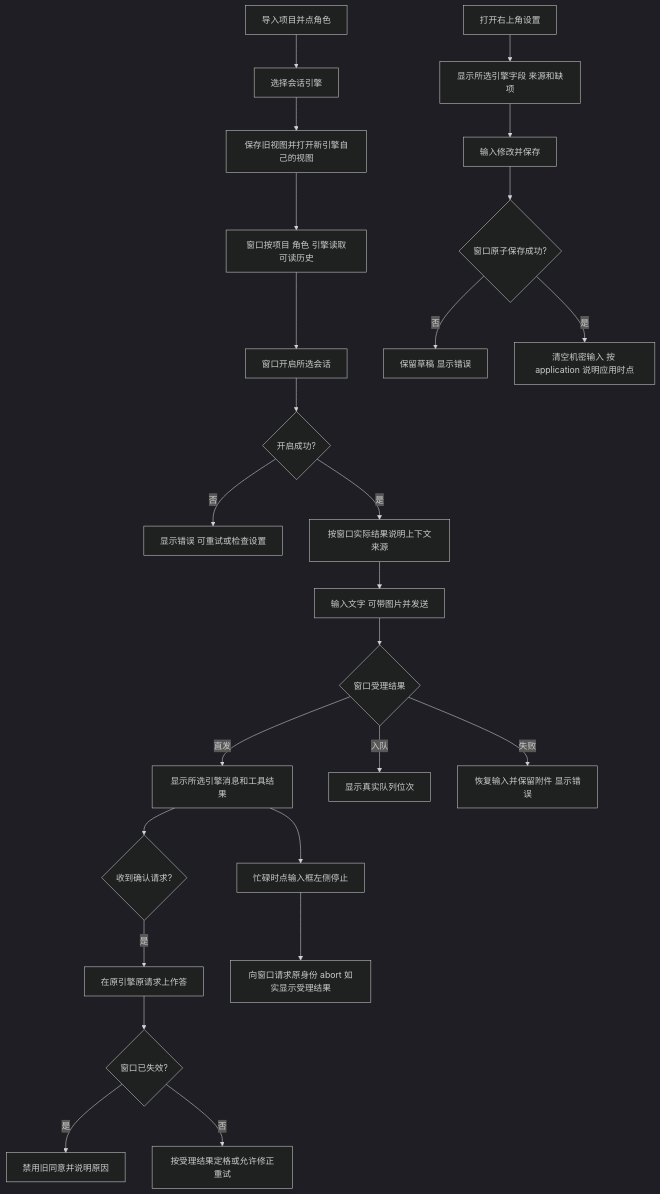
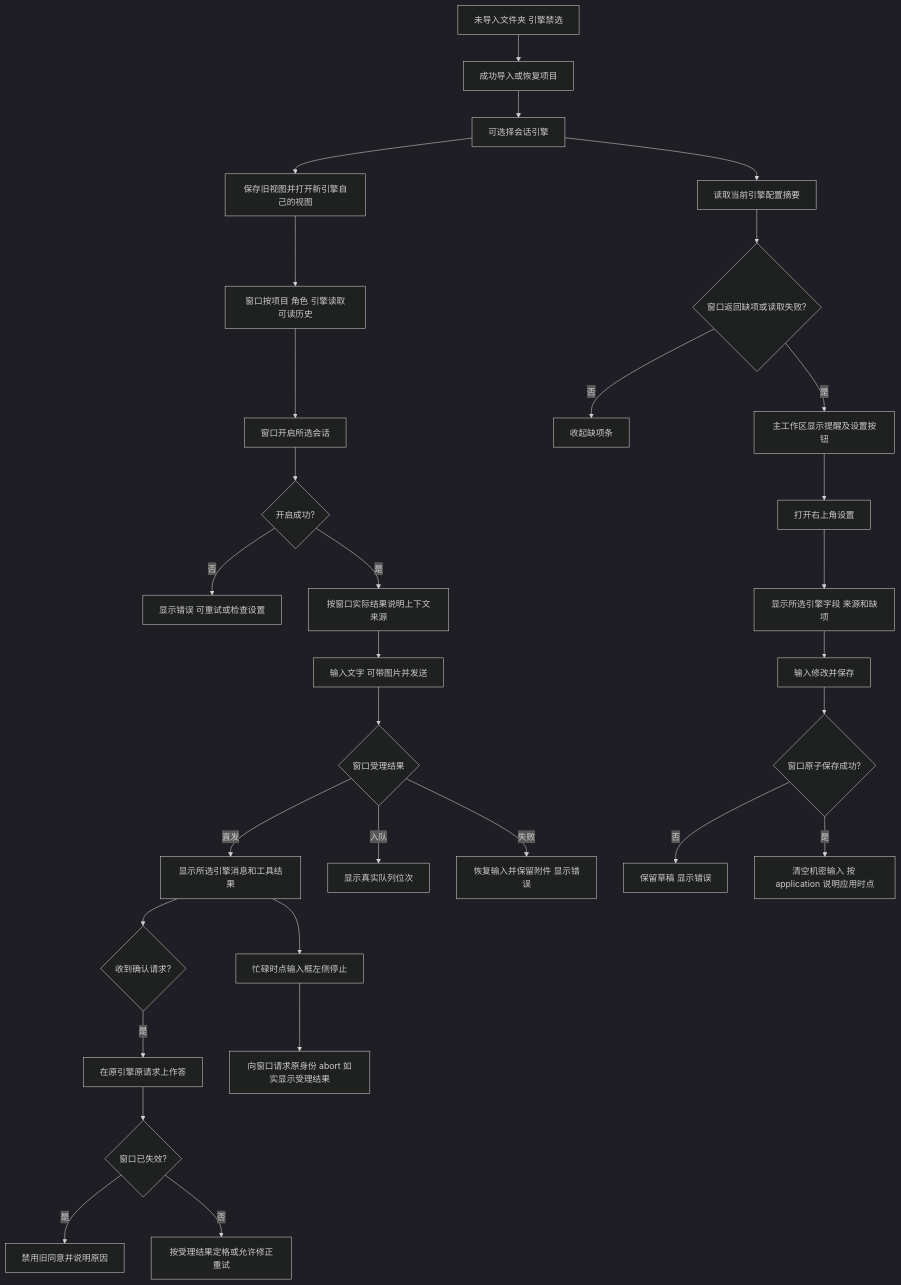
The diagram in 角色卡/桌面UI/docs/feature/runtime-choice.md (wangzhongren/ans-studio), drawn with Mermaid (dark theme) before and after one commit. The commit also changed other lines of this file and 92 other files, not shown here.

````diff
--- a/角色卡/桌面UI/docs/feature/runtime-choice.md
+++ b/角色卡/桌面UI/docs/feature/runtime-choice.md
@@ -24,27 +26,33 @@
 ```mermaid
 flowchart TD
-  import[导入项目并点角色] --> choose[选择会话引擎]
+  locked[未导入文件夹 引擎禁选] --> import[成功导入或恢复项目]
+  import --> choose[可选择会话引擎]
+  choose --> summary[读取当前引擎配置摘要]
+  summary --> incomplete{窗口返回缺项或读取失败?}
+  incomplete -->|是| notice[主工作区显示提醒及设置按钮]
+  notice --> settings
+  incomplete -->|否| hide[收起缺项条]
   choose --> own[保存旧视图并打开新引擎自己的视图]
   own --> history[窗口按项目 角色 引擎读取可读历史]
   history --> open[窗口开启所选会话]
   open --> ok{开启成功?}
   ok -->|否| failed[显示错误 可重试或检查设置]
   ok -->|是| context[按窗口实际结果说明上下文来源]
   context --> send[输入文字 可带图片并发送]
   send --> result{窗口受理结果}
   result -->|直发| stream[显示所选引擎消息和工具结果]
   result -->|入队| queue[显示真实队列位次]
   result -->|失败| draft[恢复输入并保留附件 显示错误]
   stream --> confirm{收到确认请求?}
   confirm -->|是| answer[在原引擎原请求上作答]
   answer --> expired{窗口已失效?}
   expired -->|是| disabled[禁用旧同意并说明原因]
   expired -->|否| receipt[按受理结果定格或允许修正重试]
   stream --> stop[忙碌时点输入框左侧停止]
   stop --> abort[向窗口请求原身份 abort 如实显示受理结果]
   settings[打开右上角设置] --> masked[显示所选引擎字段 来源和缺项]
   masked --> save[输入修改并保存]
   save --> saved{窗口原子保存成功?}
   saved -->|否| retry[保留草稿 显示错误]
   saved -->|是| timing[清空机密输入 按 application 说明应用时点]
 ```
````
